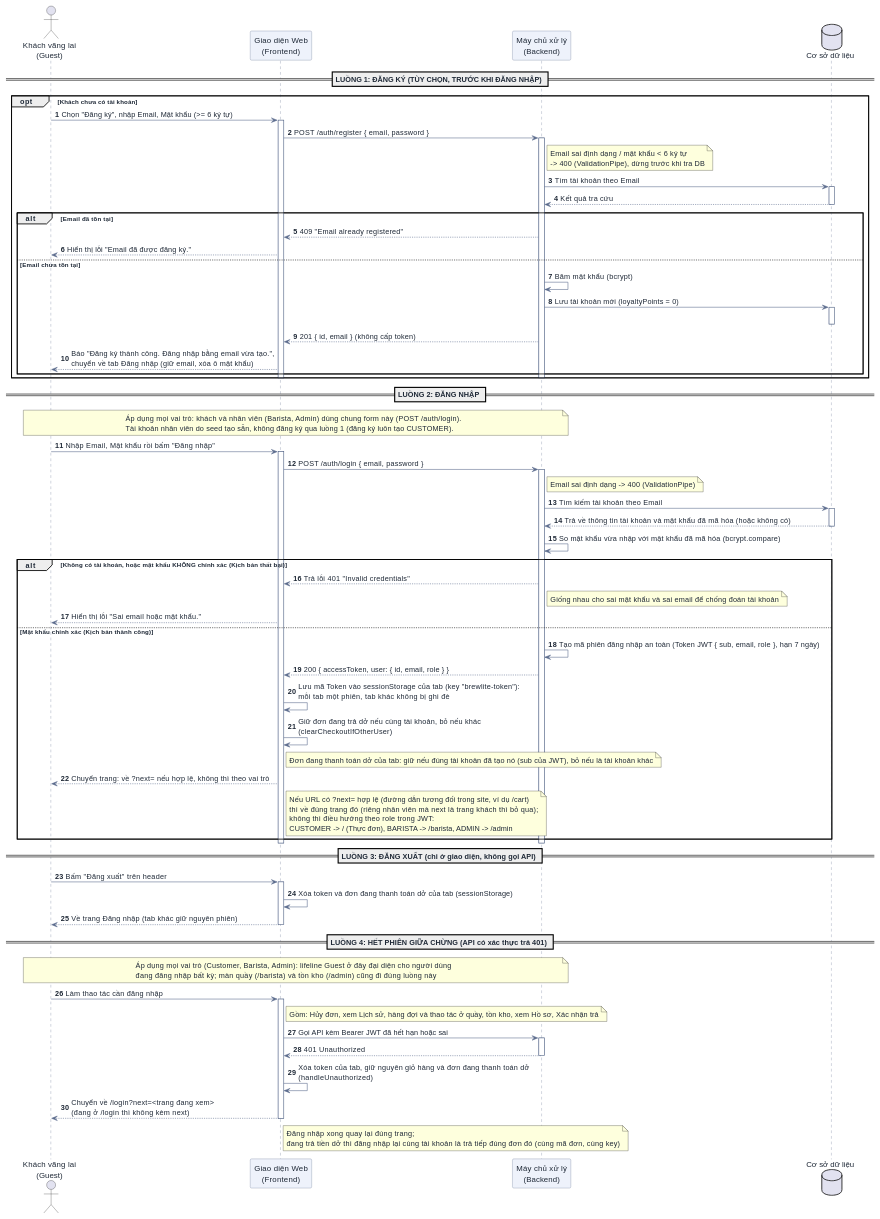
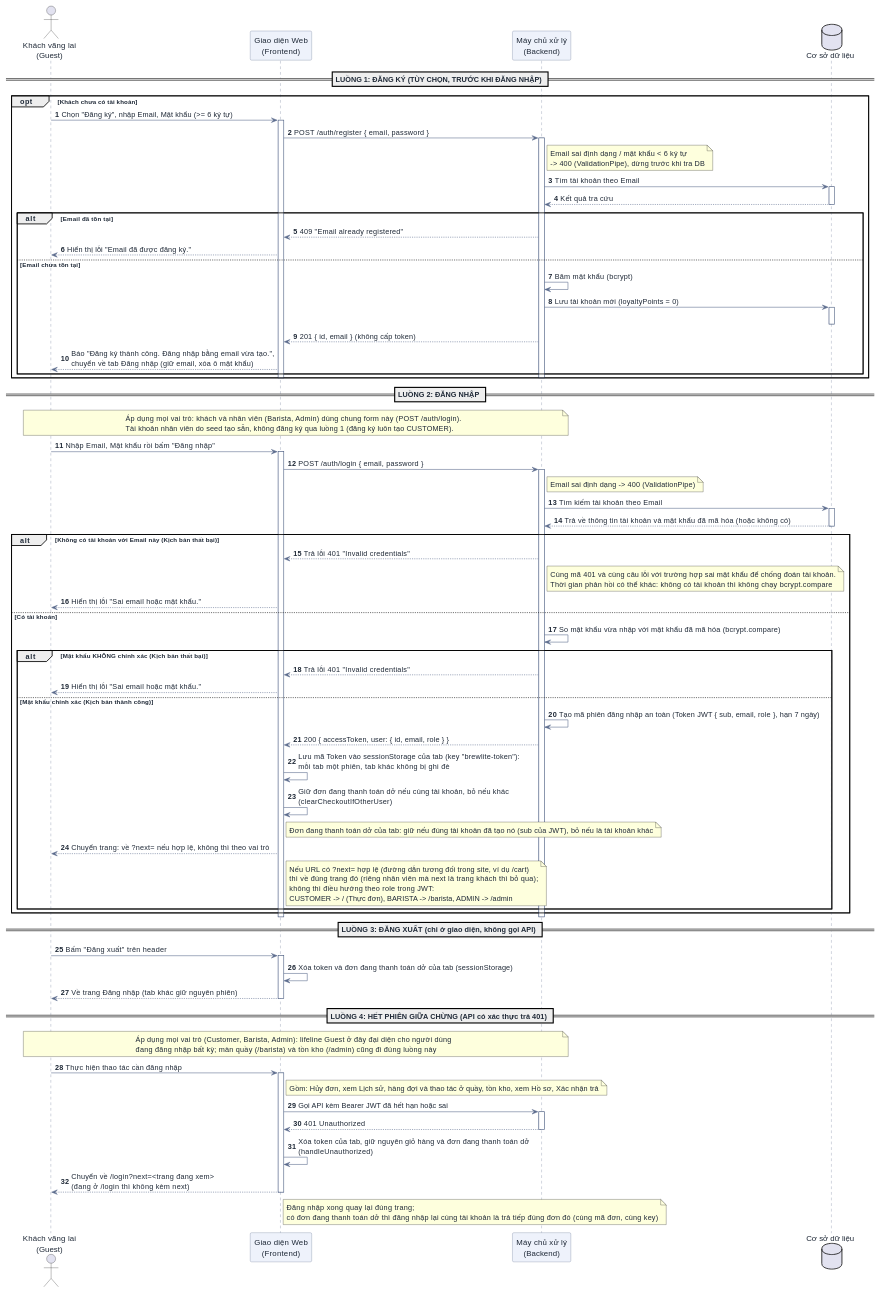
One commit to DuVinhLoi/BrewLite changed the third of 10 diagrams in docs/user-sequence-specifications.md. Above: the diagram before and after it, drawn with PlantUML. The commit also changed other lines of this file, not shown here.

Commit message:
docs: align sequence diagrams with code after review

````diff
--- a/docs/user-sequence-specifications.md
+++ b/docs/user-sequence-specifications.md
@@ -326,20 +326,24 @@
 DB --> BE : Trả về thông tin tài khoản và mật khẩu đã mã hóa (hoặc không có)
 deactivate DB
 
-BE -> BE : So mật khẩu vừa nhập với mật khẩu đã mã hóa (bcrypt.compare)
-
-alt Không có tài khoản, hoặc mật khẩu KHÔNG chính xác (Kịch bản thất bại)
+alt Không có tài khoản với Email này (Kịch bản thất bại)
     BE --> FE : Trả lỗi 401 "Invalid credentials"
-    note right of BE : Giống nhau cho sai mật khẩu và sai email để chống đoán tài khoản
+    note right of BE : Cùng mã 401 và cùng câu lỗi với trường hợp sai mật khẩu để chống đoán tài khoản.\nThời gian phản hồi có thể khác: không có tài khoản thì không chạy bcrypt.compare
     FE --> User : Hiển thị lỗi "Sai email hoặc mật khẩu."
-else Mật khẩu chính xác (Kịch bản thành công)
-    BE -> BE : Tạo mã phiên đăng nhập an toàn (Token JWT { sub, email, role }, hạn 7 ngày)
-    BE --> FE : 200 { accessToken, user: { id, email, role } }
-    FE -> FE : Lưu mã Token vào sessionStorage của tab (key "brewlite-token"):\nmỗi tab một phiên, tab khác không bị ghi đè
-    FE -> FE : Giữ đơn đang trả dở nếu cùng tài khoản, bỏ nếu khác\n(clearCheckoutIfOtherUser)
-    note right of FE : Đơn đang thanh toán dở của tab: giữ nếu đúng tài khoản đã tạo nó (sub của JWT), bỏ nếu là tài khoản khác
-    FE --> User : Chuyển trang: về ?next= nếu hợp lệ, không thì theo vai trò
-    note right of FE : Nếu URL có ?next= hợp lệ (đường dẫn tương đối trong site, ví dụ /cart)\nthì về đúng trang đó (riêng nhân viên mà next là trang khách thì bỏ qua);\nkhông thì điều hướng theo role trong JWT:\nCUSTOMER -> / (Thực đơn), BARISTA -> /barista, ADMIN -> /admin
+else Có tài khoản
+    BE -> BE : So mật khẩu vừa nhập với mật khẩu đã mã hóa (bcrypt.compare)
+    alt Mật khẩu KHÔNG chính xác (Kịch bản thất bại)
+        BE --> FE : Trả lỗi 401 "Invalid credentials"
+        FE --> User : Hiển thị lỗi "Sai email hoặc mật khẩu."
+    else Mật khẩu chính xác (Kịch bản thành công)
+        BE -> BE : Tạo mã phiên đăng nhập an toàn (Token JWT { sub, email, role }, hạn 7 ngày)
+        BE --> FE : 200 { accessToken, user: { id, email, role } }
+        FE -> FE : Lưu mã Token vào sessionStorage của tab (key "brewlite-token"):\nmỗi tab một phiên, tab khác không bị ghi đè
+        FE -> FE : Giữ đơn đang thanh toán dở nếu cùng tài khoản, bỏ nếu khác\n(clearCheckoutIfOtherUser)
+        note right of FE : Đơn đang thanh toán dở của tab: giữ nếu đúng tài khoản đã tạo nó (sub của JWT), bỏ nếu là tài khoản khác
+        FE --> User : Chuyển trang: về ?next= nếu hợp lệ, không thì theo vai trò
+        note right of FE : Nếu URL có ?next= hợp lệ (đường dẫn tương đối trong site, ví dụ /cart)\nthì về đúng trang đó (riêng nhân viên mà next là trang khách thì bỏ qua);\nkhông thì điều hướng theo role trong JWT:\nCUSTOMER -> / (Thực đơn), BARISTA -> /barista, ADMIN -> /admin
+    end
 end
 deactivate BE
 deactivate FE
@@ -353,7 +357,7 @@
 
 == LUỒNG 4: HẾT PHIÊN GIỮA CHỪNG (API có xác thực trả 401) ==
 note over User, BE : Áp dụng mọi vai trò (Customer, Barista, Admin): lifeline Guest ở đây đại diện cho người dùng\nđang đăng nhập bất kỳ; màn quầy (/barista) và tồn kho (/admin) cũng đi đúng luồng này
-User -> FE : Làm thao tác cần đăng nhập
+User -> FE : Thực hiện thao tác cần đăng nhập
 activate FE
 note right of FE : Gồm: Hủy đơn, xem Lịch sử, hàng đợi và thao tác ở quầy, tồn kho, xem Hồ sơ, Xác nhận trả
 FE -> BE : Gọi API kèm Bearer JWT đã hết hạn hoặc sai
@@ -362,7 +366,7 @@
 deactivate BE
 FE -> FE : Xóa token của tab, giữ nguyên giỏ hàng và đơn đang thanh toán dở\n(handleUnauthorized)
 FE --> User : Chuyển về /login?next=<trang đang xem>\n(đang ở /login thì không kèm next)
-note right of FE : Đăng nhập xong quay lại đúng trang;\nđang trả tiền dở thì đăng nhập lại cùng tài khoản là trả tiếp đúng đơn đó (cùng mã đơn, cùng key)
+note right of FE : Đăng nhập xong quay lại đúng trang;\ncó đơn đang thanh toán dở thì đăng nhập lại cùng tài khoản là trả tiếp đúng đơn đó (cùng mã đơn, cùng key)
 deactivate FE
 @enduml
 ```
````
